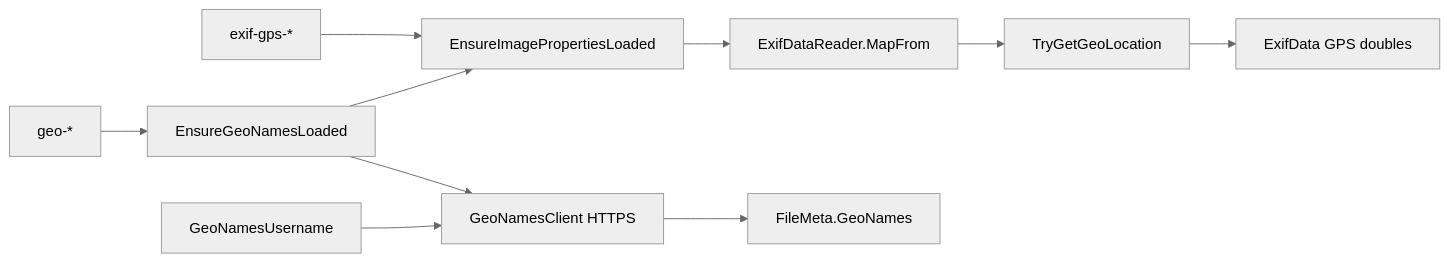
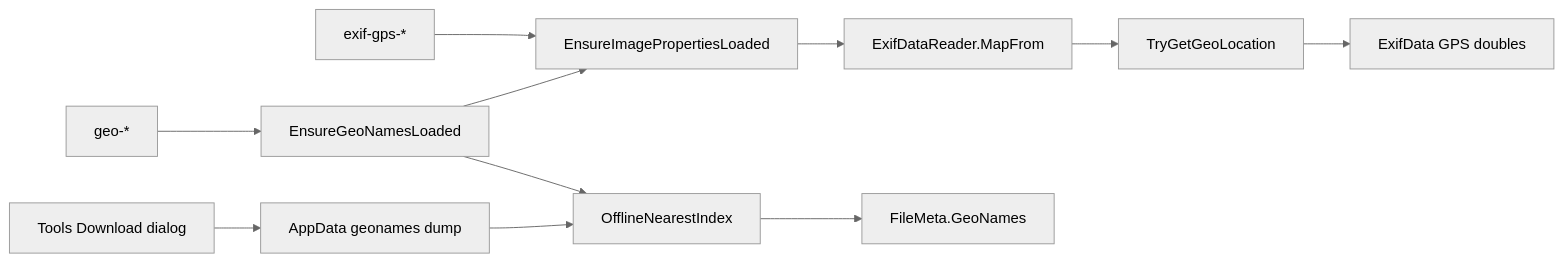
Before and after one commit to davidohana/finebytes: the second of 2 diagrams in docs/plans/typed-gps-geonames.plan.md, drawn with Mermaid (neutral theme). The commit also changed other lines of this file, not shown here.

First line of the commit message:
Modernize Typed GPS GeoNames plan and update documentation

````diff
--- a/docs/plans/typed-gps-geonames.plan.md
+++ b/docs/plans/typed-gps-geonames.plan.md
@@ -189,12 +286,13 @@
 ```mermaid
 flowchart LR
   gpsTokens["exif-gps-*"] --> ensureImg[EnsureImagePropertiesLoaded]
   ensureImg --> reader[ExifDataReader.MapFrom]
   reader --> meGps["TryGetGeoLocation"]
   meGps --> exifDto["ExifData GPS doubles"]
   geoTokens["geo-*"] --> ensureGeo[EnsureGeoNamesLoaded]
   ensureGeo --> ensureImg
-  ensureGeo --> client[GeoNamesClient HTTPS]
-  client --> geoDto[FileMeta.GeoNames]
-  prefs[GeoNamesUsername] --> client
+  ensureGeo --> index[OfflineNearestIndex]
+  index --> geoDto[FileMeta.GeoNames]
+  options[Tools Download dialog] --> dump[AppData geonames dump]
+  dump --> index
 ```
````
